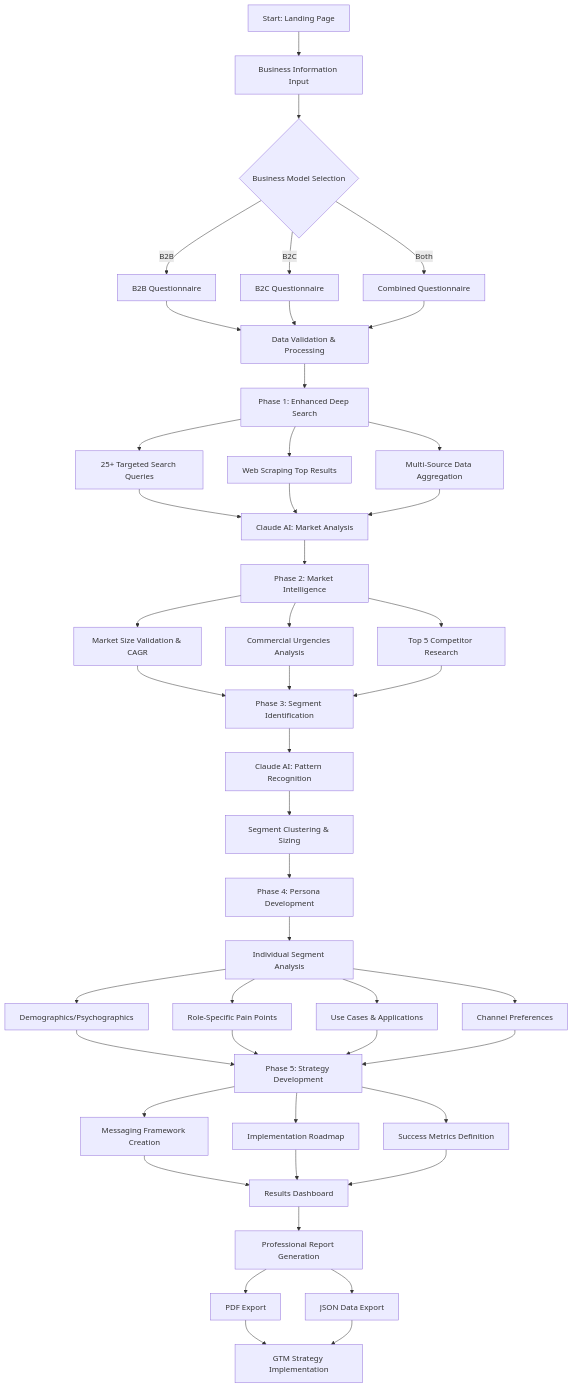
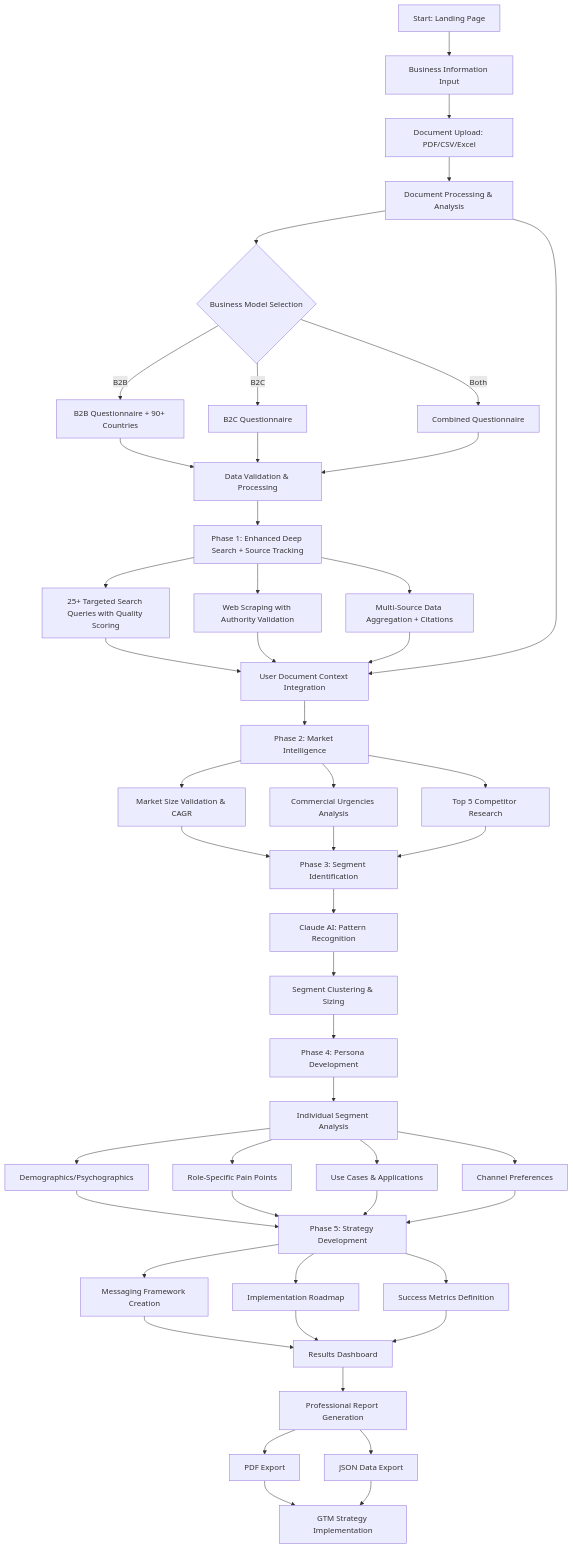
Before and after one commit to bassalat/ai-market-segmentation-app: the diagram in AI_Market_Segmentation_Process.md, drawn with Mermaid. The commit also changed other lines of this file and 3 other files, not shown here.

````diff
--- a/AI_Market_Segmentation_Process.md
+++ b/AI_Market_Segmentation_Process.md
@@ -20,60 +29,63 @@
 ```mermaid
 flowchart TD
     A[Start: Landing Page] --> B[Business Information Input]
-    B --> C{Business Model Selection}
+    B --> B1[Document Upload: PDF/CSV/Excel]
+    B1 --> B2[Document Processing & Analysis]
+    B2 --> C{Business Model Selection}
     
-    C -->|B2B| D[B2B Questionnaire]
+    C -->|B2B| D[B2B Questionnaire + 90+ Countries]
     C -->|B2C| E[B2C Questionnaire]
     C -->|Both| F[Combined Questionnaire]
     
     D --> G[Data Validation & Processing]
     E --> G
     F --> G
     
-    G --> H[Phase 1: Enhanced Deep Search]
-    H --> I[25+ Targeted Search Queries]
-    H --> J[Web Scraping Top Results]
-    H --> K[Multi-Source Data Aggregation]
+    G --> H[Phase 1: Enhanced Deep Search + Source Tracking]
+    H --> I[25+ Targeted Search Queries with Quality Scoring]
+    H --> J[Web Scraping with Authority Validation]
+    H --> K[Multi-Source Data Aggregation + Citations]
     
-    I --> L[Claude AI: Market Analysis]
+    I --> L[Claude AI: Context-Aware Market Analysis]
     J --> L
     K --> L
+    B2 --> L[User Document Context Integration]
     
     L --> M[Phase 2: Market Intelligence]
     M --> N[Market Size Validation & CAGR]
     M --> O[Commercial Urgencies Analysis]
     M --> P[Top 5 Competitor Research]
     
     N --> Q[Phase 3: Segment Identification]
     O --> Q
     P --> Q
     Q --> R[Claude AI: Pattern Recognition]
     R --> S[Segment Clustering & Sizing]
     
     S --> T[Phase 4: Persona Development]
     T --> U[Individual Segment Analysis]
     U --> V[Demographics/Psychographics]
     U --> W[Role-Specific Pain Points]
     U --> X[Use Cases & Applications]
     U --> Y[Channel Preferences]
     
     V --> Z[Phase 5: Strategy Development]
     W --> Z
     X --> Z
     Y --> Z
     
     Z --> AA[Messaging Framework Creation]
     Z --> BB[Implementation Roadmap]
     Z --> CC[Success Metrics Definition]
     
     AA --> DD[Results Dashboard]
     BB --> DD
     CC --> DD
     
     DD --> EE[Professional Report Generation]
     EE --> FF[PDF Export]
     EE --> GG[JSON Data Export]
     
     FF --> HH[GTM Strategy Implementation]
     GG --> HH
 ```
````
